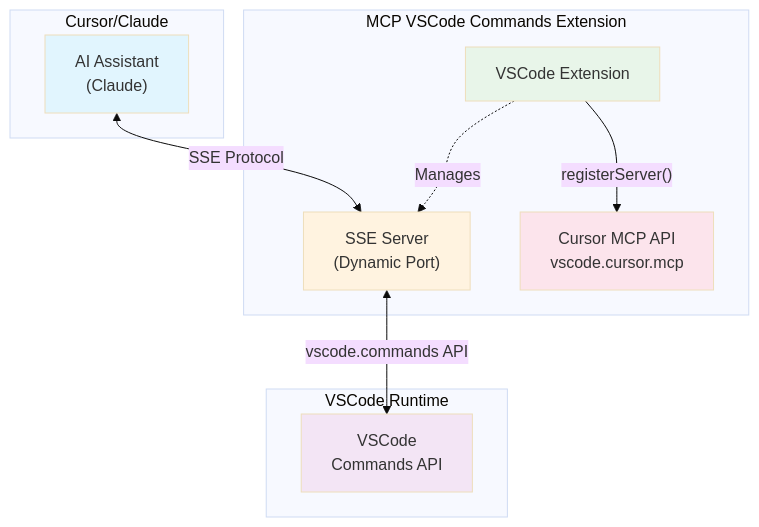
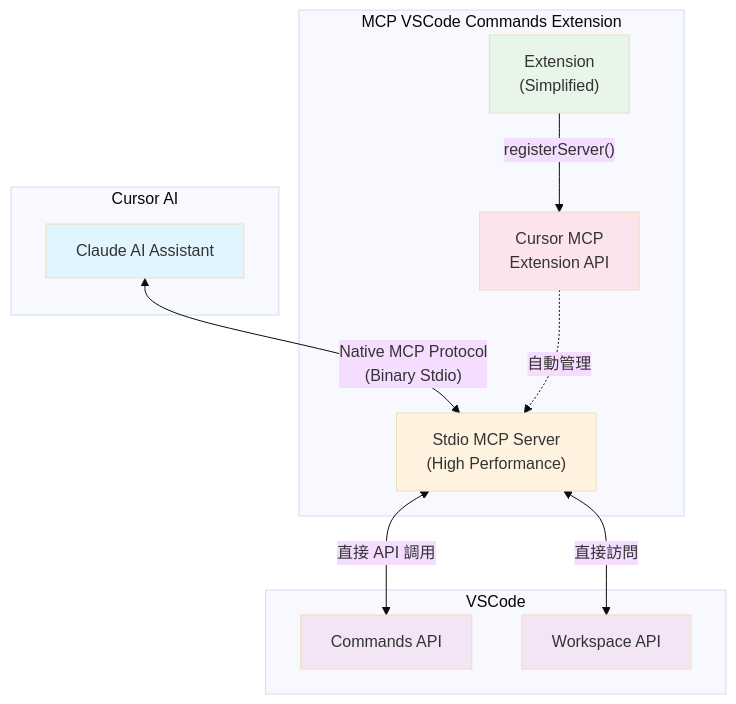
Before and after one commit to louisfghbvc/mcp-vscode-commands: the diagram in README.md, drawn with Mermaid (base theme). The commit also changed other lines of this file and 29 other files, not shown here.

Commit message:
更新 CHANGELOG.md、README.md 和範例文檔，以反映 v0.2.0 版本的重大變更，強調從 SSE 遷移至 Stdio 架構的性能提升和零配置優勢。更新 package.json，新增端到端測試腳本和功能測試，移除不再使用的測試檔案，並完成所有文檔的更新以確保一致性和準確性。

````diff
--- a/README.md
+++ b/README.md
@@ -18,27 +18,30 @@
 ```mermaid
 graph TB
-    subgraph "Cursor/Claude"
-        LLM["AI Assistant<br/>(Claude)"]
+    subgraph "Cursor AI"
+        AI["Claude AI Assistant"]
     end
     
     subgraph "MCP VSCode Commands Extension"
-        Extension["VSCode Extension"]
-        SSEServer["SSE Server<br/>(Dynamic Port)"]
-        API["Cursor MCP API<br/>vscode.cursor.mcp"]
+        Ext["Extension<br/>(Simplified)"]
+        Stdio["Stdio MCP Server<br/>(High Performance)"]
+        API["Cursor MCP<br/>Extension API"]
     end
     
-    subgraph "VSCode Runtime"
-        Commands["VSCode<br/>Commands API"]
+    subgraph "VSCode"
+        Cmds["Commands API"]
+        Workspace["Workspace API"]
     end
     
-    LLM <-->|"SSE Protocol"| SSEServer
-    Extension -->|"registerServer()"| API
-    SSEServer <-->|"vscode.commands API"| Commands
-    Extension -.->|"Manages"| SSEServer
+    AI <-->|"Native MCP Protocol<br/>(Binary Stdio)"| Stdio
+    Ext -->|"registerServer()"| API
+    API -.->|"自動管理"| Stdio
+    Stdio <-->|"直接 API 調用"| Cmds
+    Stdio <-->|"直接訪問"| Workspace
     
-    style LLM fill:#e1f5fe
-    style Extension fill:#e8f5e9  
-    style SSEServer fill:#fff3e0
-    style Commands fill:#f3e5f5
+    style AI fill:#e1f5fe
+    style Ext fill:#e8f5e9
+    style Stdio fill:#fff3e0
     style API fill:#fce4ec
+    style Cmds fill:#f3e5f5
+    style Workspace fill:#f3e5f5
 ```
````
